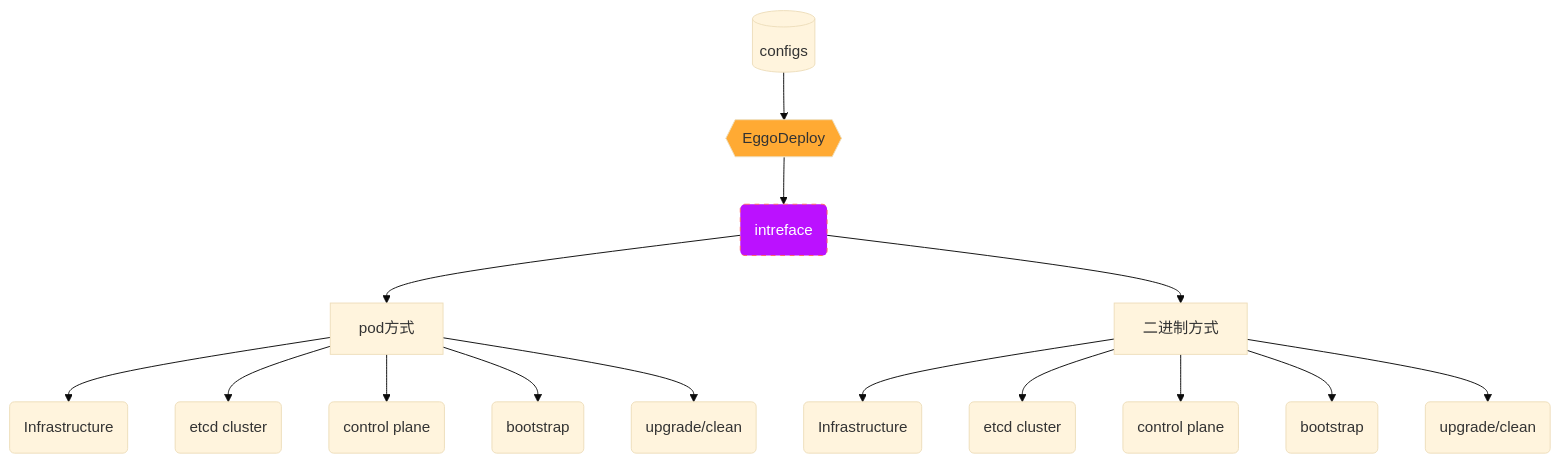
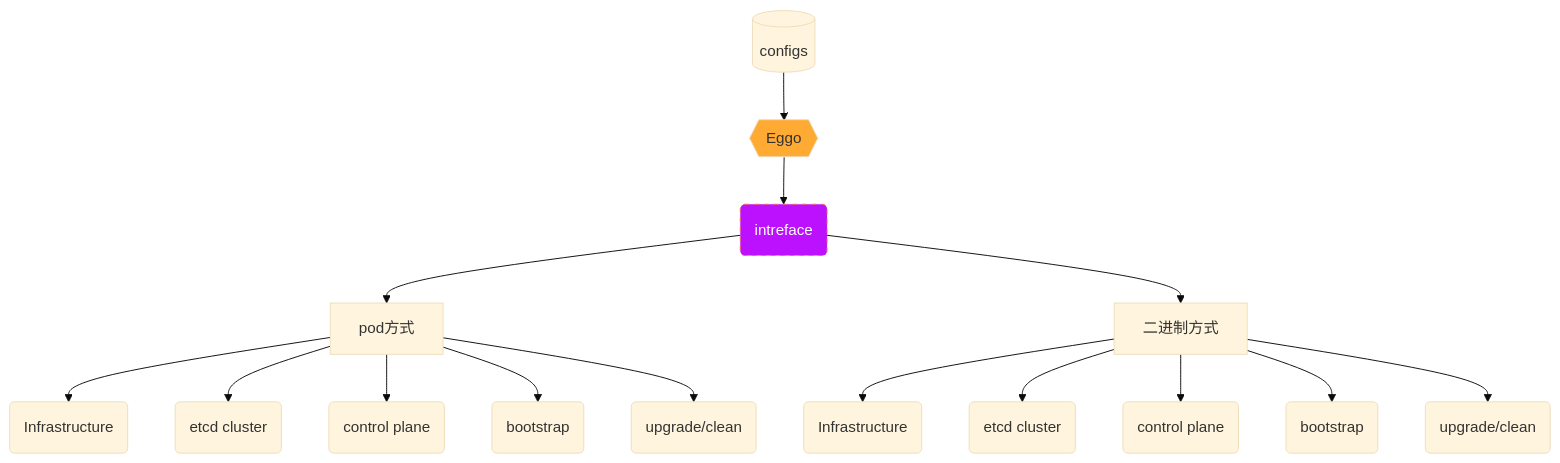
One commit to openeuler-mirror/eggo changed the second of 12 diagrams in docs/general_design_raw.md. Above: the diagram before and after it, drawn with Mermaid (base theme). The commit also changed other lines of this file and 8 other files, not shown here.

````diff
--- a/docs/general_design_raw.md
+++ b/docs/general_design_raw.md
@@ -37,20 +33,20 @@
 ```mermaid
 graph TD
-	A[(configs)] --> B{{EggoDeploy}}
+	A[(configs)] --> B{{Eggo}}
 	B --> C(intreface)
 	C --> D[pod方式]
 	C --> E[二进制方式]
 	D --> DA(Infrastructure)
 	D --> DB(etcd cluster)
 	D --> DC(control plane)
 	D --> DD(bootstrap)
 	D --> DE(upgrade/clean)
 	E --> EA(Infrastructure)
 	E --> EB(etcd cluster)
 	E --> EC(control plane)
 	E --> ED(bootstrap)
 	E --> EE(upgrade/clean)
 	style B fill:#fa3
 	classDef interfacestyle fill:#b1f,stroke:#f66,stroke-width:1px,color:#fff,stroke-dasharray:5 5
 	class C interfacestyle
 ```
````
